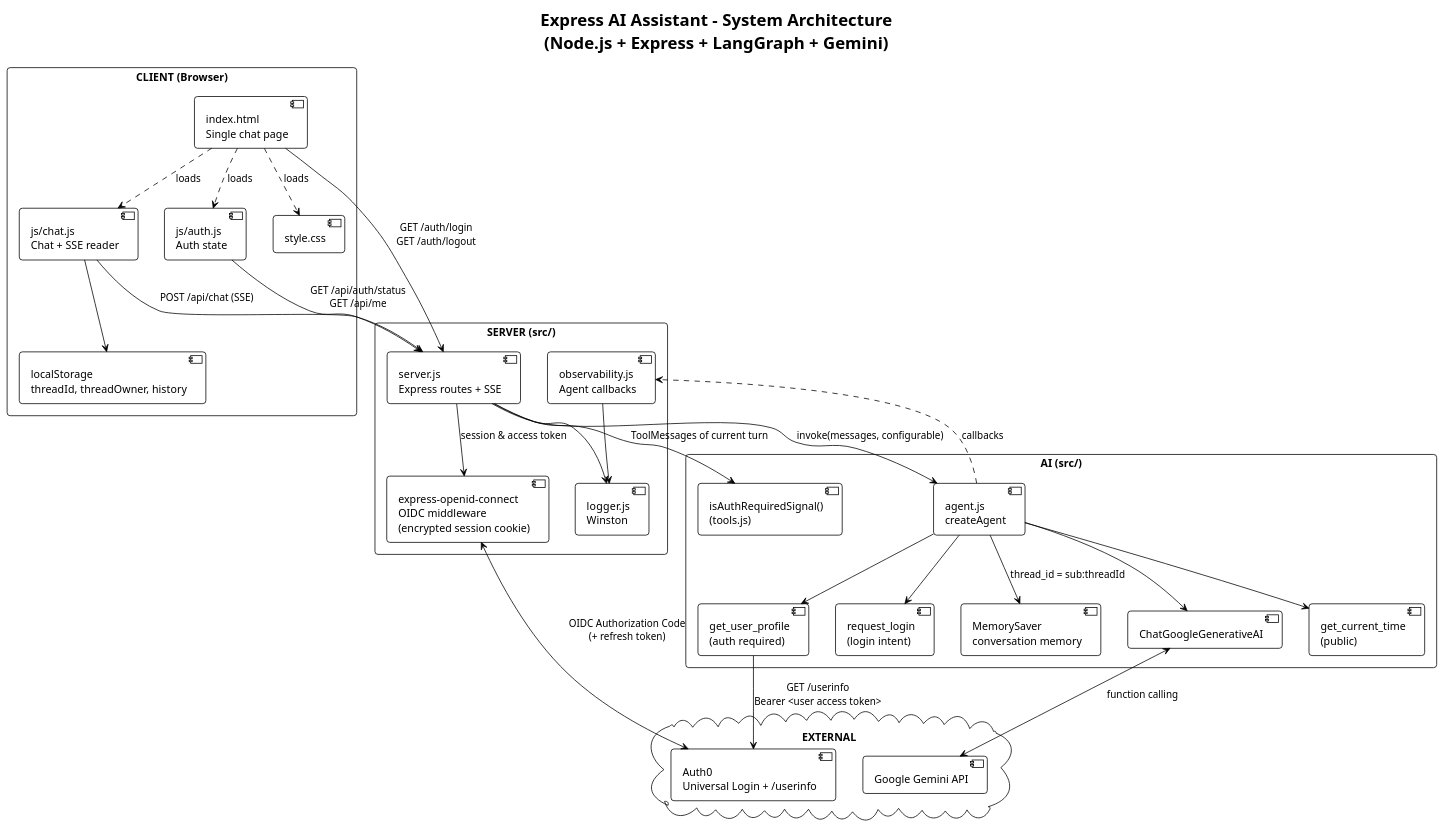
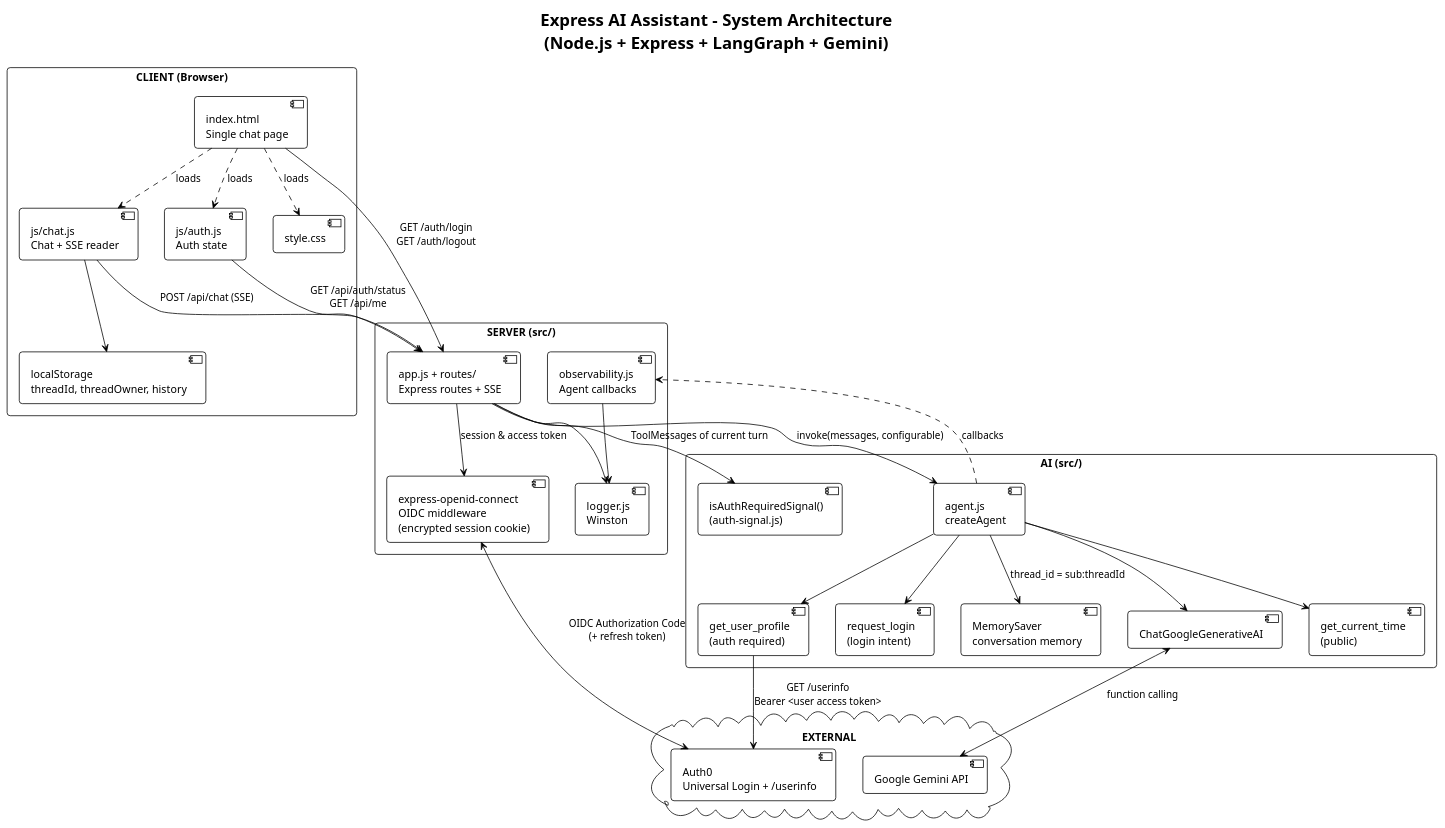
Before and after one commit to malotian/node-ai-assitant: the diagram in docs/ARCHITECTURE.puml, drawn with PlantUML. The commit also changed 33 other files, not shown here.

```diff
--- a/docs/ARCHITECTURE.puml
+++ b/docs/ARCHITECTURE.puml
@@ -1,66 +1,66 @@
 @startuml Express_AI_Assistant_Architecture
 !theme plain
 skinparam componentStyle uml2
 skinparam packageStyle rectangle
 skinparam shadowing false
 skinparam roundcorner 8
 skinparam defaultFontName Arial
 
 title Express AI Assistant - System Architecture\n(Node.js + Express + LangGraph + Gemini)
 
 package "CLIENT (Browser)" {
     [index.html\nSingle chat page] as HTML
     [js/auth.js\nAuth state] as AuthUI
     [js/chat.js\nChat + SSE reader] as ChatUI
     [style.css] as Style
     [localStorage\nthreadId, threadOwner, history] as LocalStore
 }
 
 package "SERVER (src/)" {
-    [server.js\nExpress routes + SSE] as Server
+    [app.js + routes/\nExpress routes + SSE] as Server
     [express-openid-connect\nOIDC middleware\n(encrypted session cookie)] as OIDC
     [logger.js\nWinston] as Logger
     [observability.js\nAgent callbacks] as Obs
 }
 
 package "AI (src/)" {
     [agent.js\ncreateAgent] as Agent
     [MemorySaver\nconversation memory] as Memory
     [ChatGoogleGenerativeAI] as LLMClient
     [get_current_time\n(public)] as ToolTime
     [get_user_profile\n(auth required)] as ToolProfile
     [request_login\n(login intent)] as ToolLogin
-    [isAuthRequiredSignal()\n(tools.js)] as SignalDetector
+    [isAuthRequiredSignal()\n(auth-signal.js)] as SignalDetector
 }
 
 cloud "EXTERNAL" {
     [Auth0\nUniversal Login + /userinfo] as Auth0
     [Google Gemini API] as GeminiAPI
 }
 
 HTML ..> AuthUI : loads
 HTML ..> ChatUI : loads
 HTML ..> Style : loads
 ChatUI --> LocalStore
 
 ChatUI --> Server : POST /api/chat (SSE)
 AuthUI --> Server : GET /api/auth/status\nGET /api/me
 HTML --> Server : GET /auth/login\nGET /auth/logout
 
 Server --> OIDC : session & access token
 OIDC <--> Auth0 : OIDC Authorization Code\n(+ refresh token)
 Server --> Logger
 Obs --> Logger
 
 Server --> Agent : invoke(messages, configurable)
 Agent ..> Obs : callbacks
 Agent --> Memory : thread_id = sub:threadId
 Agent --> LLMClient
 LLMClient <--> GeminiAPI : function calling
 Agent --> ToolTime
 Agent --> ToolProfile
 Agent --> ToolLogin
 ToolProfile --> Auth0 : GET /userinfo\nBearer <user access token>
 Server --> SignalDetector : ToolMessages of current turn
 
 @enduml
```
